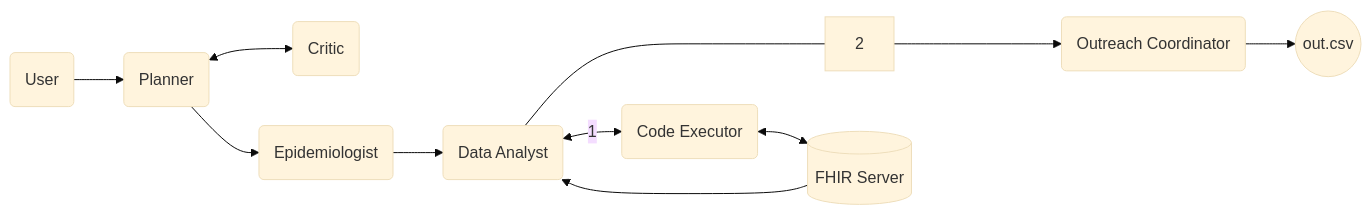
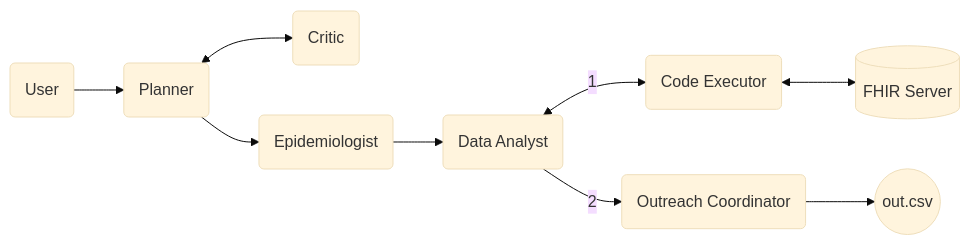
One commit to micklynch/hospitalgpt changed the diagram in readme.md. Above: the diagram before and after it, drawn with Mermaid (base theme).

````diff
--- a/readme.md
+++ b/readme.md
@@ -13,12 +13,11 @@
 ```mermaid
 flowchart LR;
     A(User) --> B(Planner);
     B <--> C(Critic);
     B --> D(Epidemiologist);
     D --> E(Data Analyst);
     F <--> H[(FHIR Server)];
-    H --> E;
     E <-- 1 --> F(Code Executor)
-    E ---- 2 ----> G(Outreach Coordinator);
+    E -- 2 --> G(Outreach Coordinator);
     G --> I((out.csv));
 ```
````
